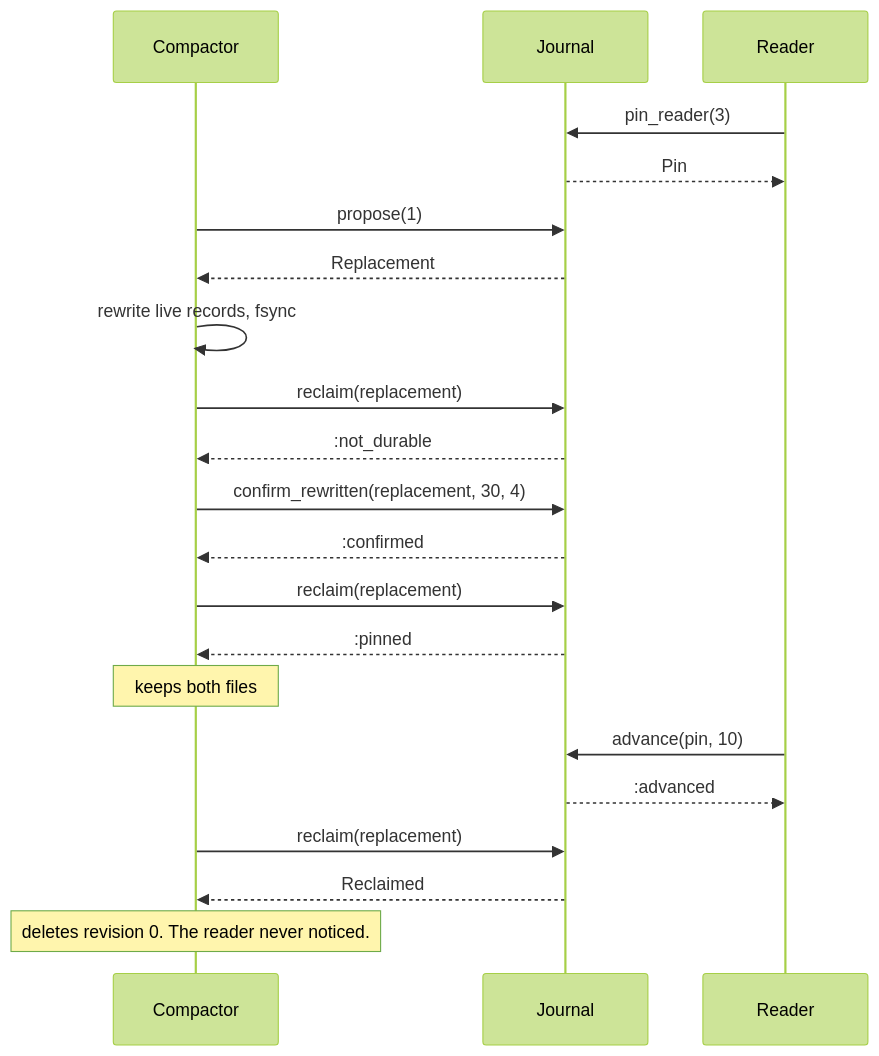
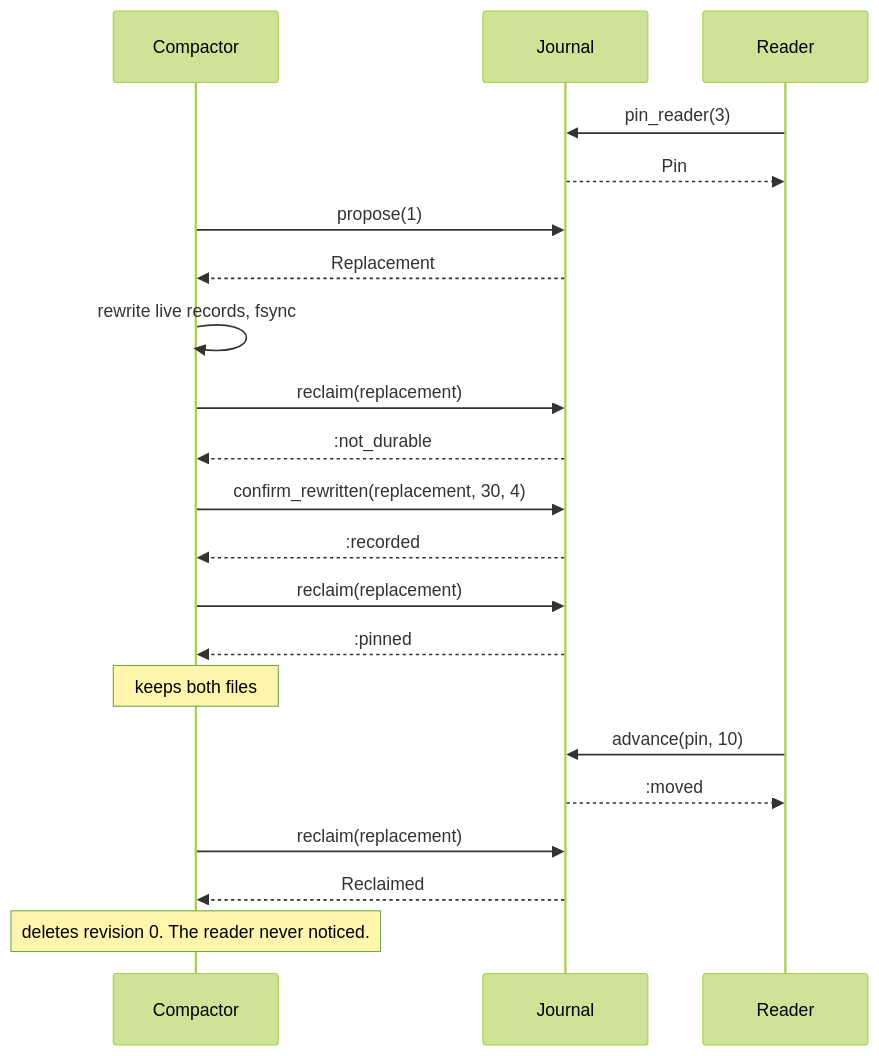
Before and after one commit to seuros/journal_machines: the second of 2 diagrams in README.md, drawn with Mermaid (forest theme). The commit also changed other lines of this file and 21 other files, not shown here.

````diff
--- a/README.md
+++ b/README.md
@@ -87,24 +92,24 @@
 ```mermaid
 sequenceDiagram
     participant C as Compactor
     participant J as Journal
     participant R as Reader
 
     R->>J: pin_reader(3)
     J-->>R: Pin
     C->>J: propose(1)
     J-->>C: Replacement
     C->>C: rewrite live records, fsync
     C->>J: reclaim(replacement)
     J-->>C: :not_durable
     C->>J: confirm_rewritten(replacement, 30, 4)
-    J-->>C: :confirmed
+    J-->>C: :recorded
     C->>J: reclaim(replacement)
     J-->>C: :pinned
     Note over C: keeps both files
     R->>J: advance(pin, 10)
-    J-->>R: :advanced
+    J-->>R: :moved
     C->>J: reclaim(replacement)
     J-->>C: Reclaimed
     Note over C: deletes revision 0. The reader never noticed.
 ```
````
